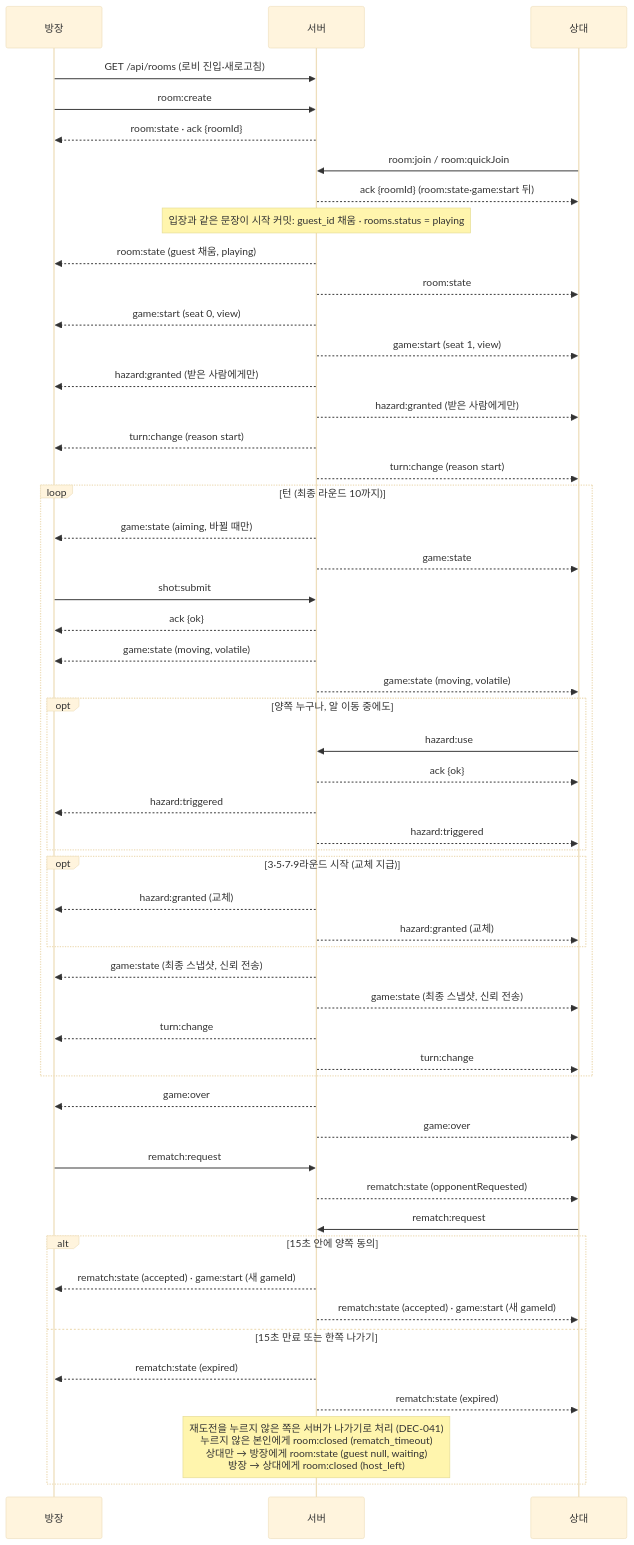
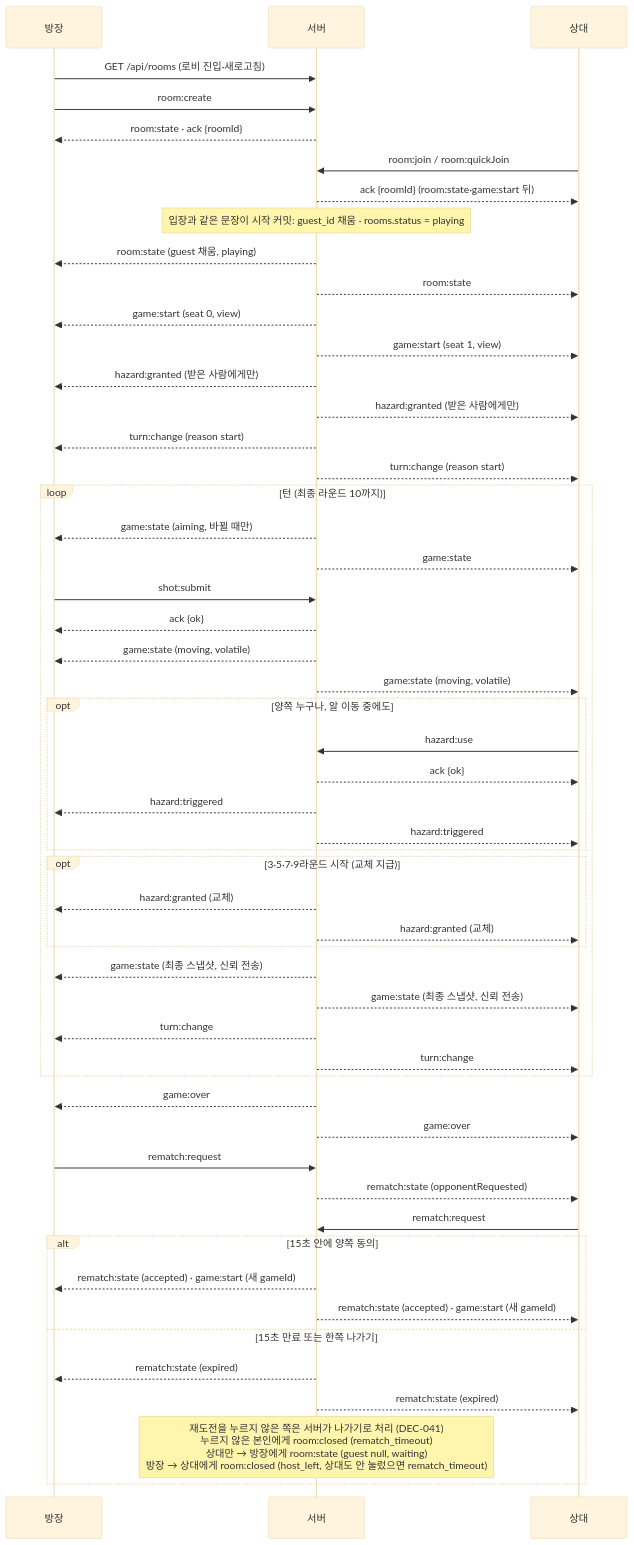
The diagram in docs/design/API.md (moguab2808-commits/mini-project-1-1), drawn with Mermaid (base theme) before and after one commit. The commit also changed other lines of this file and 7 other files, not shown here.

First line of the commit message:
IMPL-008 PR #61 개발자 A 재확인 반영: room:closed roomId, 버린 방 이벤트 무시 규칙

````diff
--- a/docs/design/API.md
+++ b/docs/design/API.md
@@ -182,55 +182,55 @@
 ```mermaid
 sequenceDiagram
     participant H as 방장
     participant S as 서버
     participant G as 상대
     H->>S: GET /api/rooms (로비 진입·새로고침)
     H->>S: room:create
     S-->>H: room:state · ack {roomId}
     G->>S: room:join / room:quickJoin
     S-->>G: ack {roomId} (room:state·game:start 뒤)
     Note over S: 입장과 같은 문장이 시작 커밋: guest_id 채움 · rooms.status = playing
     S-->>H: room:state (guest 채움, playing)
     S-->>G: room:state
     S-->>H: game:start (seat 0, view)
     S-->>G: game:start (seat 1, view)
     S-->>H: hazard:granted (받은 사람에게만)
     S-->>G: hazard:granted (받은 사람에게만)
     S-->>H: turn:change (reason start)
     S-->>G: turn:change (reason start)
     loop 턴 (최종 라운드 10까지)
         S-->>H: game:state (aiming, 바뀔 때만)
         S-->>G: game:state
         H->>S: shot:submit
         S-->>H: ack {ok}
         S-->>H: game:state (moving, volatile)
         S-->>G: game:state (moving, volatile)
         opt 양쪽 누구나, 알 이동 중에도
             G->>S: hazard:use
             S-->>G: ack {ok}
             S-->>H: hazard:triggered
             S-->>G: hazard:triggered
         end
         opt 3·5·7·9라운드 시작 (교체 지급)
             S-->>H: hazard:granted (교체)
             S-->>G: hazard:granted (교체)
         end
         S-->>H: game:state (최종 스냅샷, 신뢰 전송)
         S-->>G: game:state (최종 스냅샷, 신뢰 전송)
         S-->>H: turn:change
         S-->>G: turn:change
     end
     S-->>H: game:over
     S-->>G: game:over
     H->>S: rematch:request
     S-->>G: rematch:state (opponentRequested)
     G->>S: rematch:request
     alt 15초 안에 양쪽 동의
         S-->>H: rematch:state (accepted) · game:start (새 gameId)
         S-->>G: rematch:state (accepted) · game:start (새 gameId)
     else 15초 만료 또는 한쪽 나가기
         S-->>H: rematch:state (expired)
         S-->>G: rematch:state (expired)
-        Note over S: 재도전을 누르지 않은 쪽은 서버가 나가기로 처리 (DEC-041)<br/>누르지 않은 본인에게 room:closed (rematch_timeout)<br/>상대만 → 방장에게 room:state (guest null, waiting)<br/>방장 → 상대에게 room:closed (host_left)
+        Note over S: 재도전을 누르지 않은 쪽은 서버가 나가기로 처리 (DEC-041)<br/>누르지 않은 본인에게 room:closed (rematch_timeout)<br/>상대만 → 방장에게 room:state (guest null, waiting)<br/>방장 → 상대에게 room:closed (host_left, 상대도 안 눌렀으면 rematch_timeout)
     end
 ```
````
